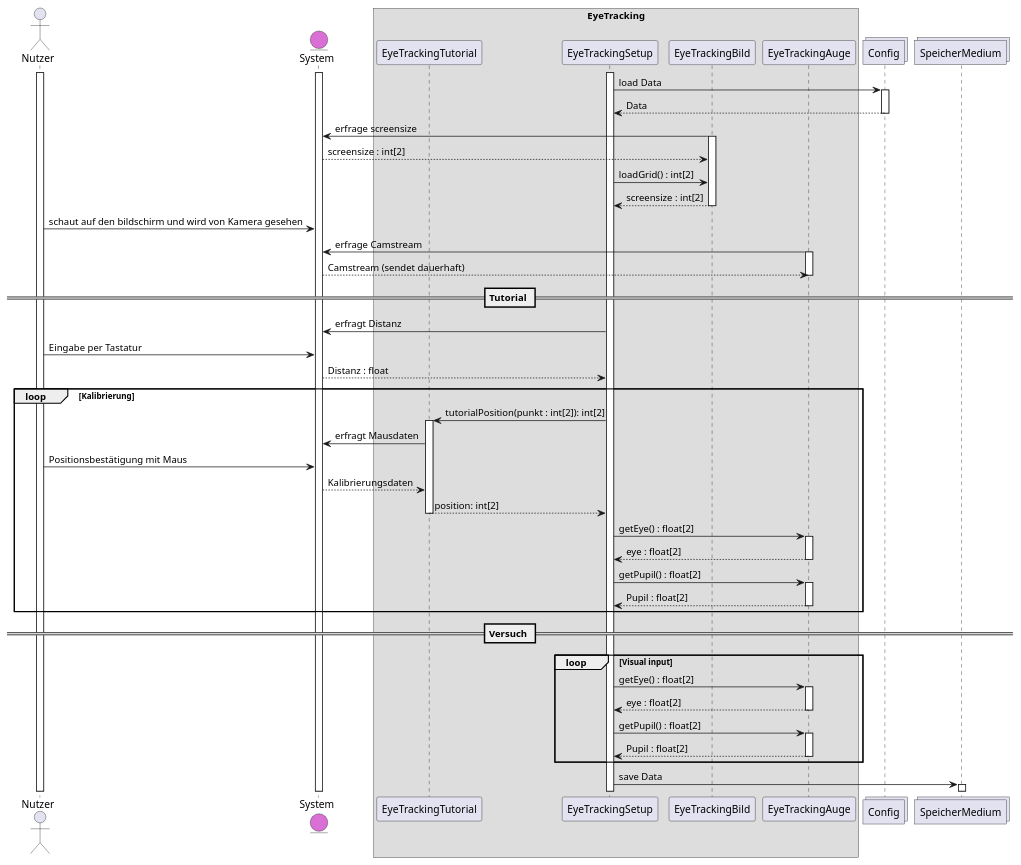
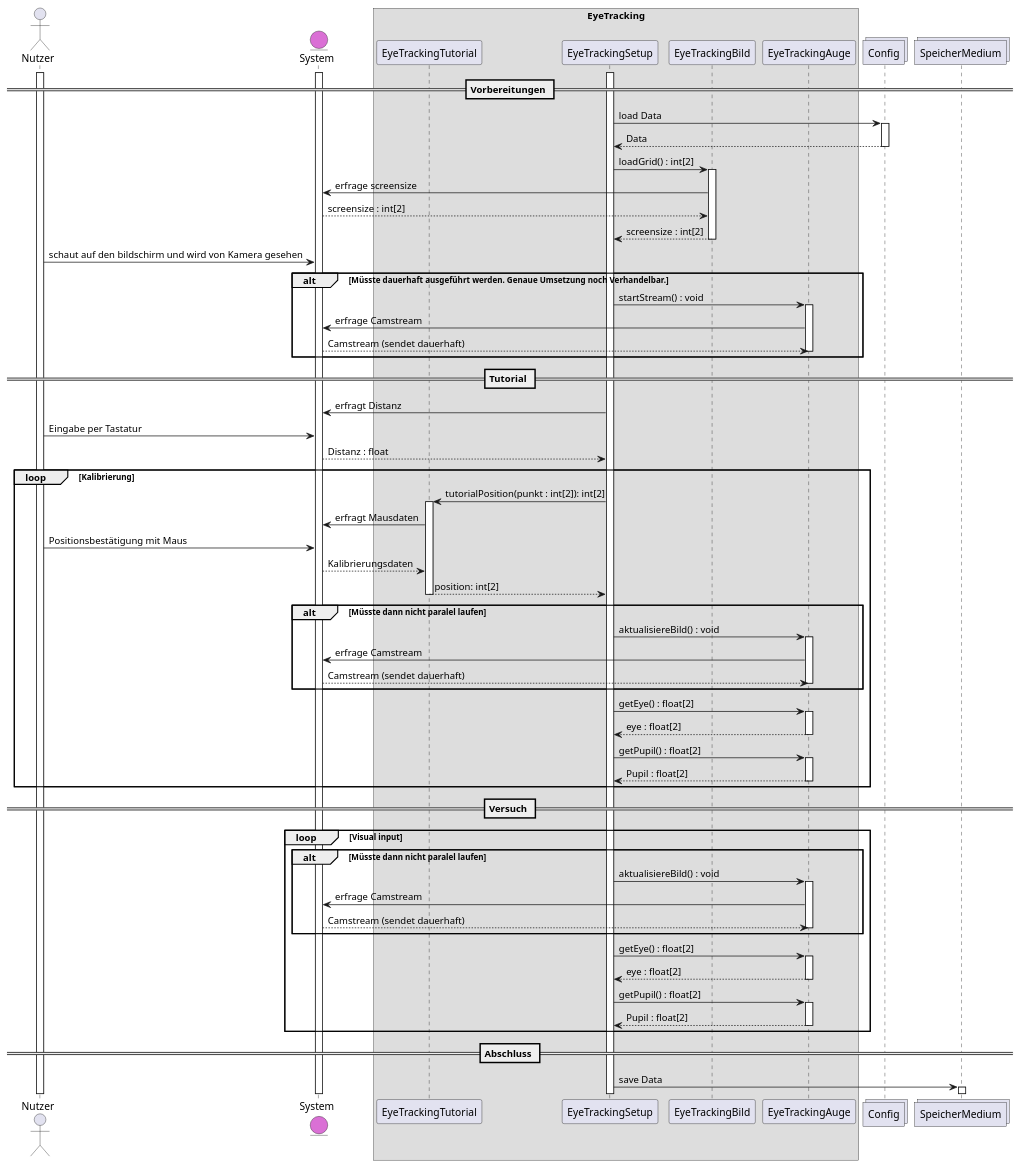
The diagram in meilenstein_04/sequenz-eyetracking/sequenz-eyetracking.puml (weichware10/meilensteine), drawn with PlantUML before and after one commit.

Commit message:
kleine Fehlerkorrekturen, Versuch der Lösung des Bild-Stream-Problems

```diff
--- a/meilenstein_04/sequenz-eyetracking/sequenz-eyetracking.puml
+++ b/meilenstein_04/sequenz-eyetracking/sequenz-eyetracking.puml
@@ -1,71 +1,91 @@
 @startuml {modul}
 actor       Nutzer          as n
 entity      System          as s    #DA70D5
 
 box EyeTracking
 participant EyeTrackingTutorial    as et
 participant EyeTrackingSetup       as es
 participant EyeTrackingBild        as eb
 participant EyeTrackingAuge        as ea
 end box
 
 collections Config          as c
 collections SpeicherMedium  as sm
 
+== Vorbereitungen ==
+
 activate n
 activate s
-
 activate es
 es -> c : load Data
 activate c
 c --> es : Data
 deactivate c
+es -> eb : loadGrid() : int[2]
+activate eb
 eb -> s : erfrage screensize
-activate eb
 s --> eb : screensize : int[2]
-es -> eb : loadGrid() : int[2]
 eb --> es : screensize : int[2]
 deactivate eb
 n -> s : schaut auf den bildschirm und wird von Kamera gesehen 
-ea -> s : erfrage Camstream
-activate ea
-s --> ea : Camstream (sendet dauerhaft)
-deactivate ea
+alt Müsste dauerhaft ausgeführt werden. Genaue Umsetzung noch Verhandelbar.
+  es -> ea : startStream() : void
+  activate ea
+  ea -> s : erfrage Camstream
+  s --> ea : Camstream (sendet dauerhaft)
+  deactivate ea
+end
 
 == Tutorial ==
 es -> s : erfragt Distanz
 n -> s : Eingabe per Tastatur
 s --> es : Distanz : float
 loop Kalibrierung
   es -> et : tutorialPosition(punkt : int[2]): int[2]
   activate et
   et -> s : erfragt Mausdaten
   n -> s : Positionsbestätigung mit Maus
   s --> et : Kalibrierungsdaten
   et --> es : position: int[2]
   deactivate et
+  alt Müsste dann nicht paralel laufen
+    es -> ea : aktualisiereBild() : void
+    activate ea
+    ea -> s : erfrage Camstream
+    s --> ea : Camstream (sendet dauerhaft)
+    deactivate ea
+  end
   es -> ea : getEye() : float[2]
   activate ea
   ea --> es : eye : float[2]
   deactivate ea
   es -> ea : getPupil() : float[2]
   activate ea
   ea --> es : Pupil : float[2]
   deactivate ea
 end
 
 == Versuch ==
 loop Visual input
+  alt Müsste dann nicht paralel laufen
+    es -> ea : aktualisiereBild() : void
+    activate ea
+    ea -> s : erfrage Camstream
+    s --> ea : Camstream (sendet dauerhaft)
+    deactivate ea
+  end
   es -> ea : getEye() : float[2]
   activate ea
   ea --> es : eye : float[2]
   deactivate ea
   es -> ea : getPupil() : float[2]
   activate ea
   ea --> es : Pupil : float[2]
   deactivate ea
 end
+
+== Abschluss ==
 es -> sm: save Data
 activate sm
 
 @enduml
```
